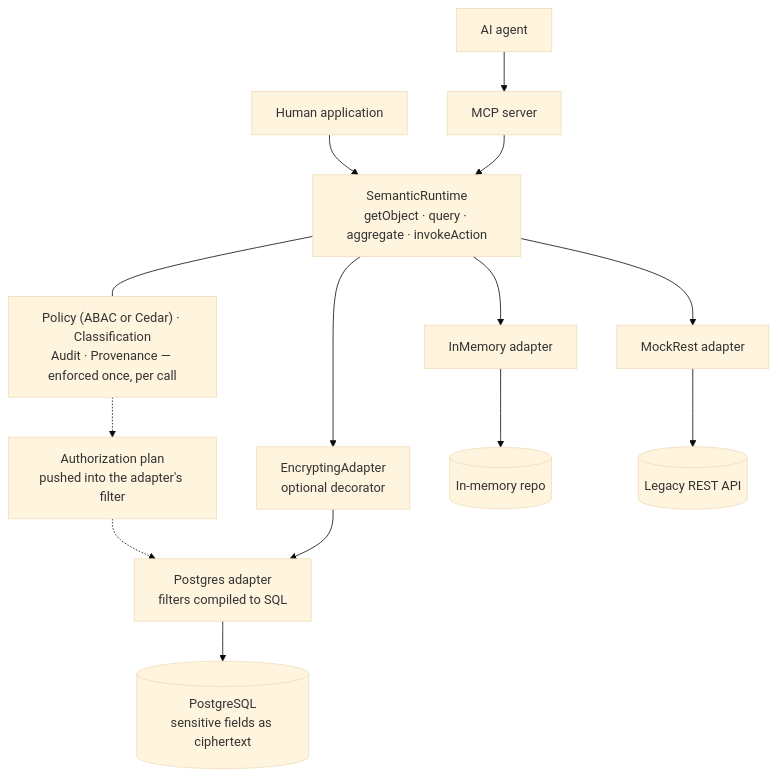
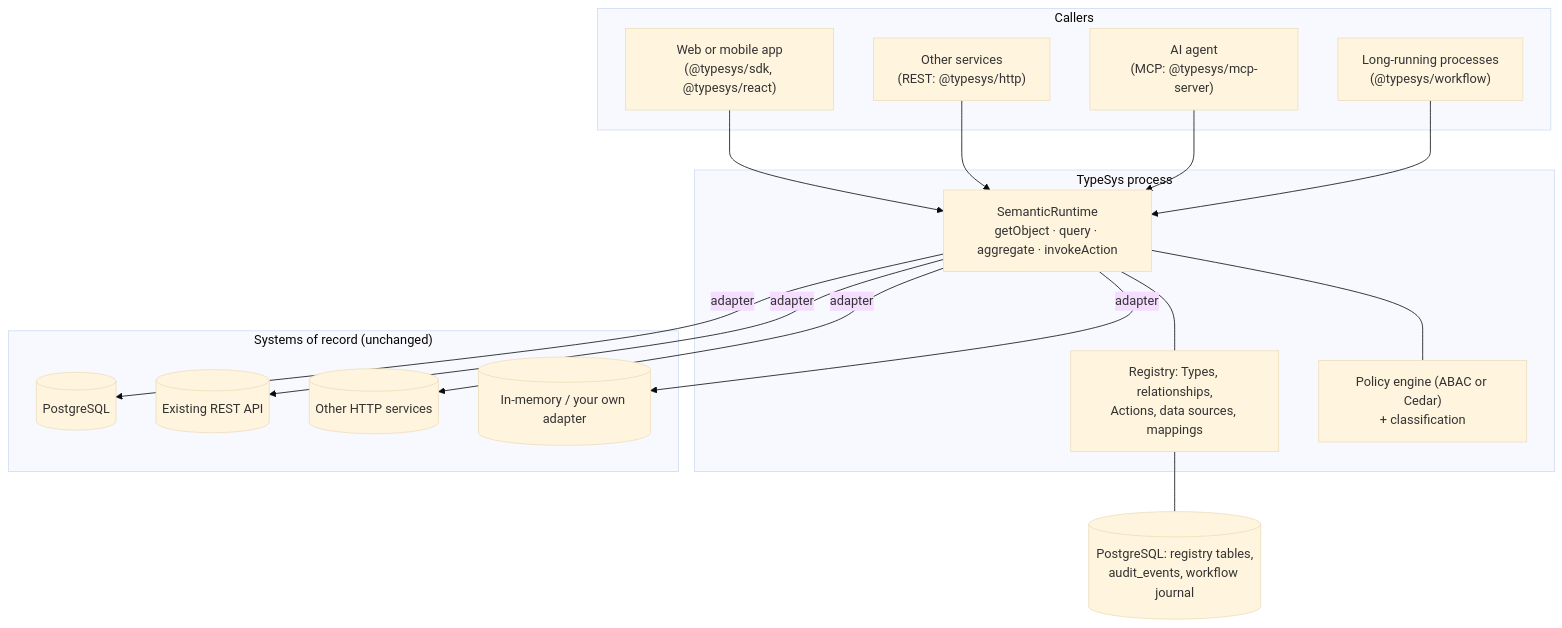
One commit to marlinspike/TypeSystem changed the diagram in README.md. Above: the diagram before and after it, drawn with Mermaid (base theme). The commit also changed other lines of this file, not shown here.

First line of the commit message:
README: say what TypeSystem does, where it sits, and how it stores data

````diff
--- a/README.md
+++ b/README.md
@@ -414,23 +28,32 @@
 ```mermaid
 flowchart TB
-    app["Human application"]
-    agent["AI agent"]
-    mcp["MCP server"]
-    rt["SemanticRuntime<br/>getObject · query · aggregate · invokeAction"]
-    gov["Policy (ABAC or Cedar) · Classification<br/>Audit · Provenance — enforced once, per call"]
-    plan["Authorization plan<br/>pushed into the adapter's filter"]
-    inmem["InMemory adapter"]
-    rest["MockRest adapter"]
-    enc["EncryptingAdapter<br/>optional decorator"]
-    pg["Postgres adapter<br/>filters compiled to SQL"]
-    repo[("In-memory repo")]
-    ext[("Legacy REST API")]
-    pgdb[("PostgreSQL<br/>sensitive fields as ciphertext")]
-    app --> rt
-    agent --> mcp --> rt
-    rt --- gov
-    gov -.-> plan -.-> pg
-    rt --> inmem --> repo
-    rt --> rest --> ext
-    rt --> enc --> pg --> pgdb
+    subgraph callers["Callers"]
+        web["Web or mobile app<br/>(@typesys/sdk, @typesys/react)"]
+        svc["Other services<br/>(REST: @typesys/http)"]
+        agent["AI agent<br/>(MCP: @typesys/mcp-server)"]
+        wf["Long-running processes<br/>(@typesys/workflow)"]
+    end
+    subgraph ts["TypeSys process"]
+        rt["SemanticRuntime<br/>getObject · query · aggregate · invokeAction"]
+        reg["Registry: Types, relationships,<br/>Actions, data sources, mappings"]
+        pol["Policy engine (ABAC or Cedar)<br/>+ classification"]
+    end
+    subgraph stores["Systems of record (unchanged)"]
+        pg[("PostgreSQL")]
+        rest[("Existing REST API")]
+        http[("Other HTTP services")]
+        mem[("In-memory / your own adapter")]
+    end
+    meta[("PostgreSQL: registry tables,<br/>audit_events, workflow journal")]
+    web --> rt
+    svc --> rt
+    agent --> rt
+    wf --> rt
+    rt --- reg
+    rt --- pol
+    rt -->|adapter| pg
+    rt -->|adapter| rest
+    rt -->|adapter| http
+    rt -->|adapter| mem
+    reg --- meta
 ```
````
